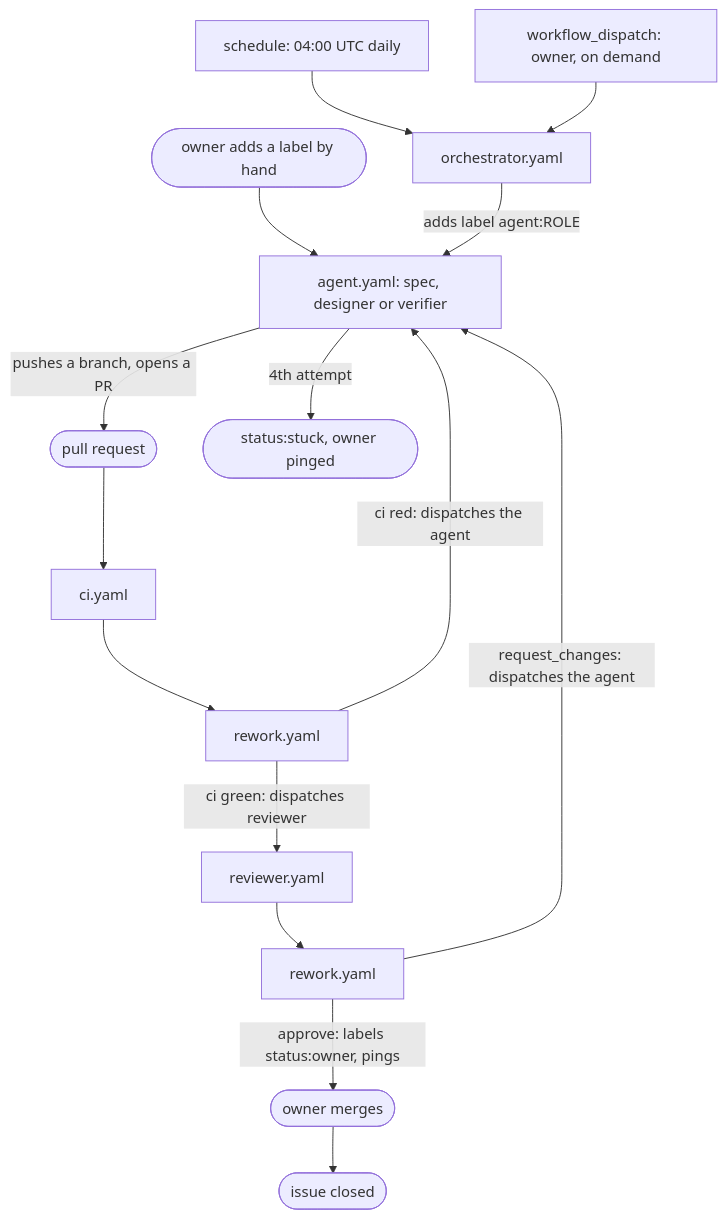
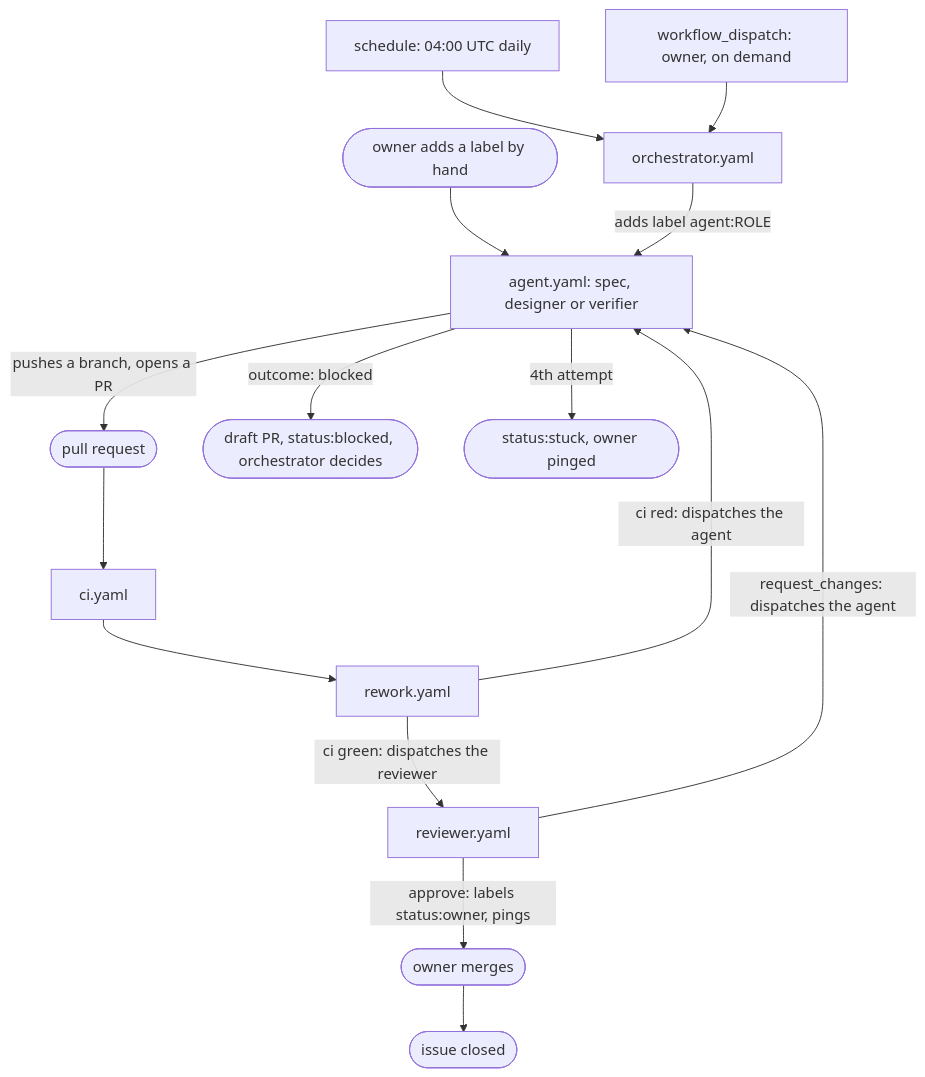
One commit to rechefe/golem changed the first of 7 diagrams in agents/README.md. Above: the diagram before and after it, drawn with Mermaid. The commit also changed other lines of this file and 2 other files, not shown here.

````diff
--- a/agents/README.md
+++ b/agents/README.md
@@ -31,19 +32,19 @@
 ```mermaid
 flowchart TD
     cron["schedule: 04:00 UTC daily"] --> orch
     dispatch["workflow_dispatch: owner, on demand"] --> orch
     orch["orchestrator.yaml"]
     owner(["owner adds a label by hand"]) --> agent
     orch -->|"adds label agent:ROLE"| agent
     agent["agent.yaml: spec, designer or verifier"]
     agent -->|"pushes a branch, opens a PR"| pr(["pull request"])
     pr --> checks["ci.yaml"]
     checks --> rw["rework.yaml"]
-    rw -->|"ci green: dispatches reviewer"| rev["reviewer.yaml"]
-    rev --> rw2["rework.yaml"]
     rw -->|"ci red: dispatches the agent"| agent
-    rw2 -->|"request_changes: dispatches the agent"| agent
-    rw2 -->|"approve: labels status:owner, pings"| gate(["owner merges"])
+    rw -->|"ci green: dispatches the reviewer"| rev["reviewer.yaml"]
+    rev -->|"request_changes: dispatches the agent"| agent
+    rev -->|"approve: labels status:owner, pings"| gate(["owner merges"])
+    agent -->|"outcome: blocked"| blocked(["draft PR, status:blocked, orchestrator decides"])
     agent -->|"4th attempt"| stuck(["status:stuck, owner pinged"])
     gate --> done(["issue closed"])
 ```
````
